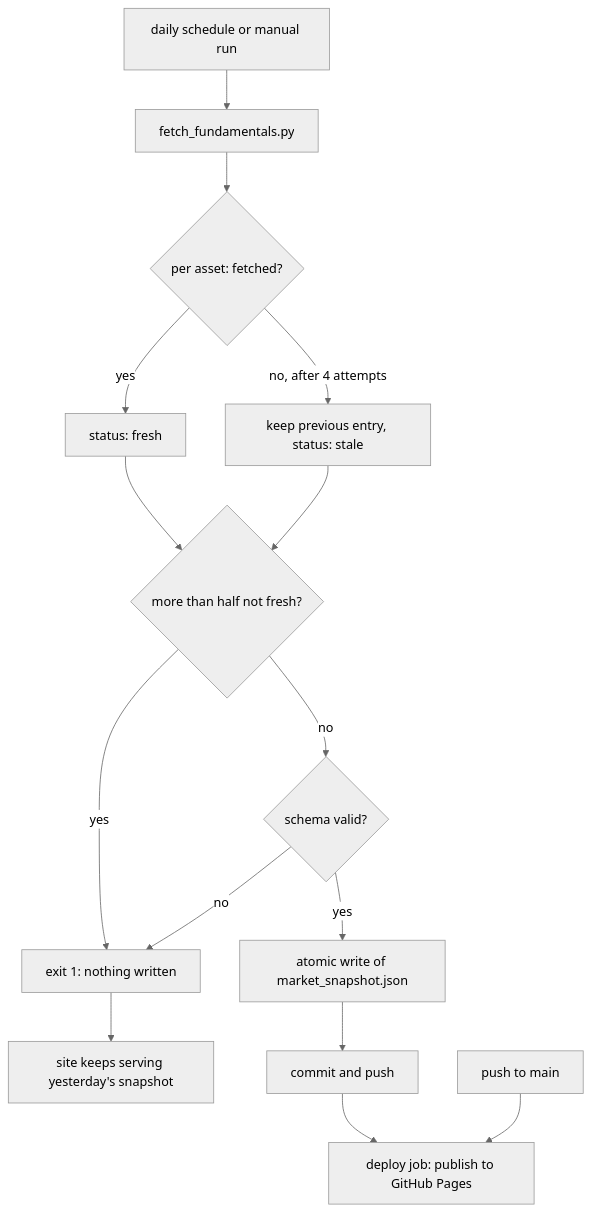
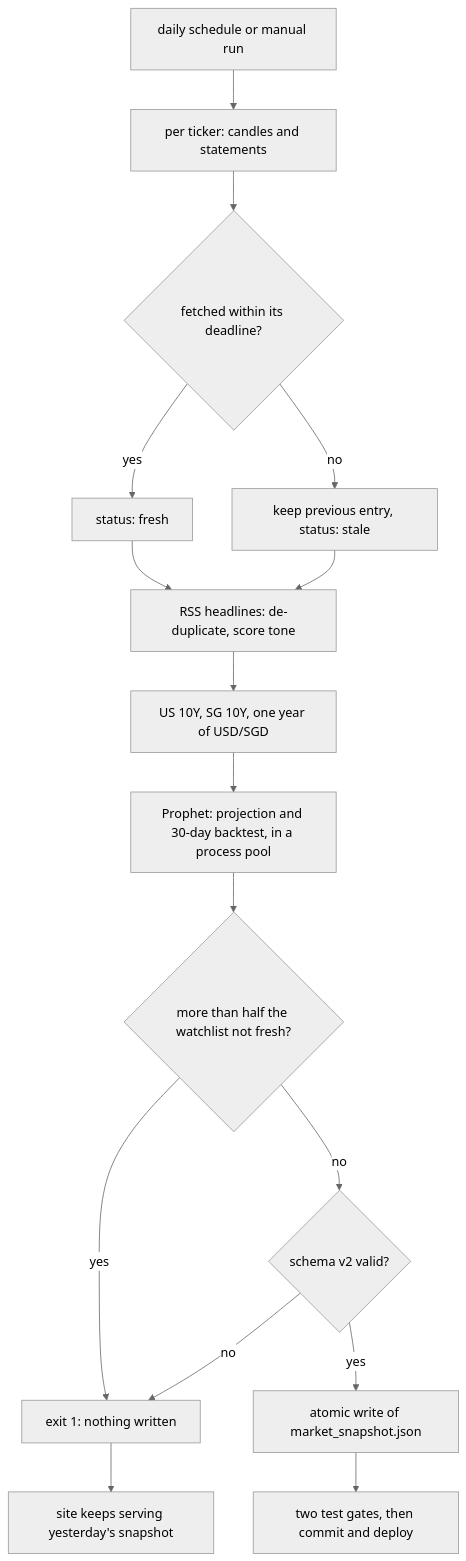
The third of 5 diagrams in README.md (myc208/quantlens), drawn with Mermaid (neutral theme) before and after one commit. The commit also changed other lines of this file and 20 other files, not shown here.

````diff
--- a/README.md
+++ b/README.md
@@ -165,17 +307,18 @@
 ```mermaid
 flowchart TD
-  CRON["daily schedule or manual run"] --> FETCH["fetch_fundamentals.py"]
-  FETCH --> EACH{"per asset: fetched?"}
+  CRON["daily schedule or manual run"] --> FETCH["per ticker: candles and statements"]
+  FETCH --> EACH{"fetched within its deadline?"}
   EACH -->|"yes"| FRESH["status: fresh"]
-  EACH -->|"no, after 4 attempts"| CARRY["keep previous entry, status: stale"]
-  FRESH --> HALF{"more than half not fresh?"}
-  CARRY --> HALF
+  EACH -->|"no"| CARRY["keep previous entry, status: stale"]
+  FRESH --> NEWS["RSS headlines: de-duplicate, score tone"]
+  CARRY --> NEWS
+  NEWS --> MACRO["US 10Y, SG 10Y, one year of USD/SGD"]
+  MACRO --> FC["Prophet: projection and 30-day backtest, in a process pool"]
+  FC --> HALF{"more than half the watchlist not fresh?"}
   HALF -->|"yes"| ABORT["exit 1: nothing written"]
-  HALF -->|"no"| VALID{"schema valid?"}
+  HALF -->|"no"| VALID{"schema v2 valid?"}
   VALID -->|"no"| ABORT
   VALID -->|"yes"| WRITE["atomic write of market_snapshot.json"]
-  WRITE --> COMMIT["commit and push"]
-  COMMIT --> DEPLOY["deploy job: publish to GitHub Pages"]
+  WRITE --> G["two test gates, then commit and deploy"]
   ABORT --> KEEP["site keeps serving yesterday's snapshot"]
-  PUSH["push to main"] --> DEPLOY
 ```
````
